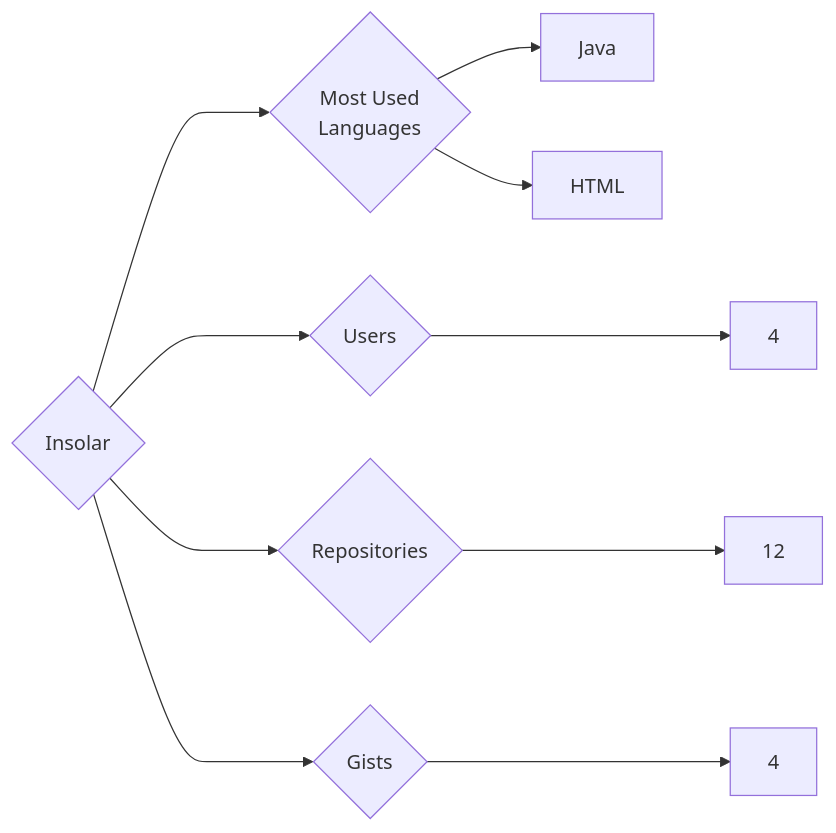
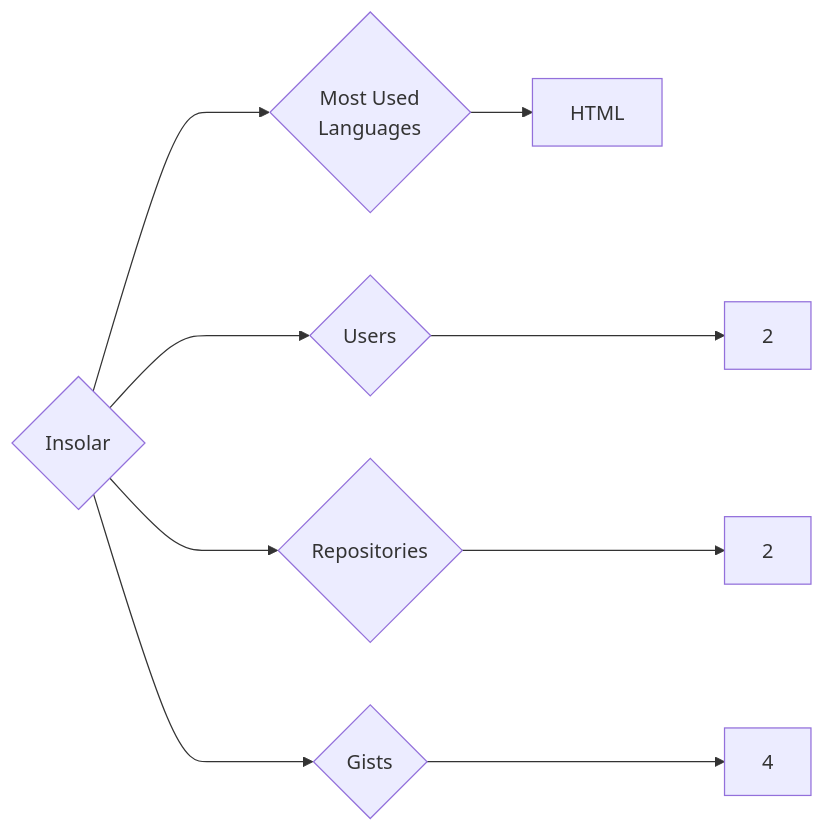
One commit to trickest/insiders changed the diagram in targets/Insolar/README.md. Above: the diagram before and after it, drawn with Mermaid. The commit also changed 749 other files, not shown here.

````diff
--- a/targets/Insolar/README.md
+++ b/targets/Insolar/README.md
@@ -3,10 +3,9 @@
 ```mermaid
 graph LR
 COMPANY_NAME{Insolar}
-COMPANY_NAME ---> U{Users} ---> UN[4]
-COMPANY_NAME ---> R{Repositories} ---> RN[12]
+COMPANY_NAME ---> U{Users} ---> UN[2]
+COMPANY_NAME ---> R{Repositories} ---> RN[2]
 COMPANY_NAME ---> G{Gists} ---> GN[4]
 COMPANY_NAME ---> ML{Most Used<br>Languages}
-ML --> Java[Java]
 ML --> HTML[HTML]
 ```
````
